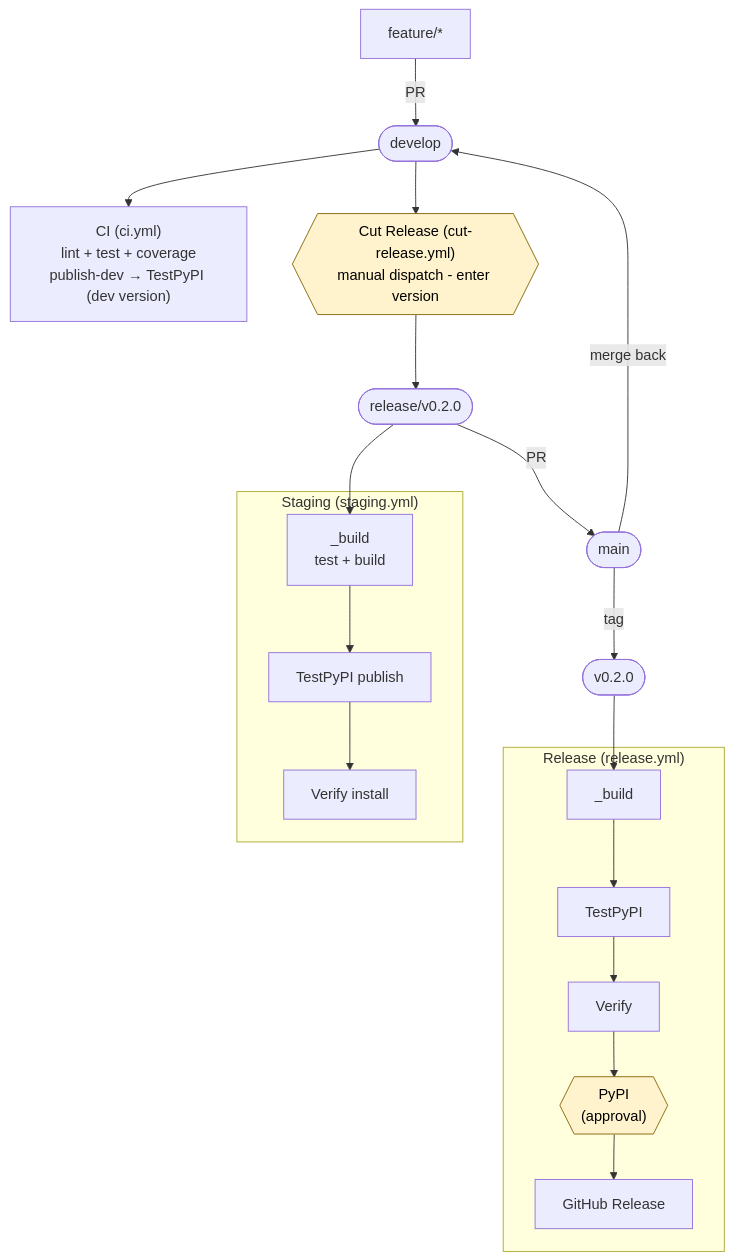
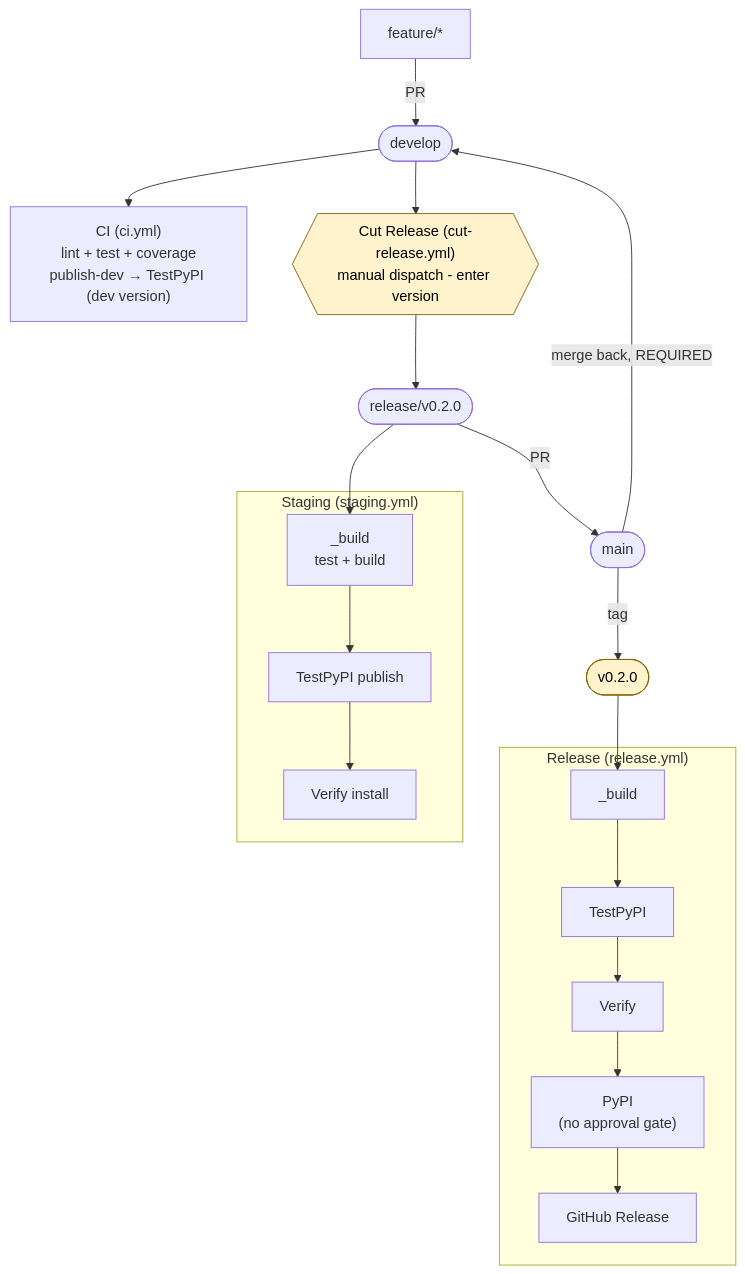
Before and after one commit to Azure/agentops: the third of 3 diagrams in docs/release-process.md, drawn with Mermaid. The commit also changed other lines of this file and 1 other file, not shown here.

````diff
--- a/docs/release-process.md
+++ b/docs/release-process.md
@@ -823,39 +879,39 @@
 ```mermaid
 flowchart TD
     feat["feature/*"] -->|PR| develop(["develop"])
     develop --> ci["CI (ci.yml)<br/>lint + test + coverage<br/>publish-dev → TestPyPI (dev version)"]
     develop --> cut{{"Cut Release (cut-release.yml)<br/>manual dispatch - enter version"}}
     cut --> rel(["release/v0.2.0"])
 
     rel --> stagingBuild["_build<br/>test + build"]
     stagingBuild --> stagingTest["TestPyPI publish"]
     stagingTest --> stagingVerify["Verify install"]
 
     rel -->|PR| main(["main"])
     main -->|tag| tag(["v0.2.0"])
 
     tag --> relBuild["_build"]
     relBuild --> relTest["TestPyPI"]
     relTest --> relVerify["Verify"]
-    relVerify --> relPypi{{"PyPI<br/>(approval)"}}
+    relVerify --> relPypi["PyPI<br/>(no approval gate)"]
     relPypi --> relGh["GitHub Release"]
 
-    main -->|merge back| develop
+    main -->|merge back, REQUIRED| develop
 
     subgraph Staging["Staging (staging.yml)"]
         stagingBuild
         stagingTest
         stagingVerify
     end
 
     subgraph Release["Release (release.yml)"]
         relBuild
         relTest
         relVerify
         relPypi
         relGh
     end
 
     classDef gate fill:#fff3cd,stroke:#856404,color:#000;
-    class cut,relPypi gate;
+    class cut,tag gate;
 ```
````
